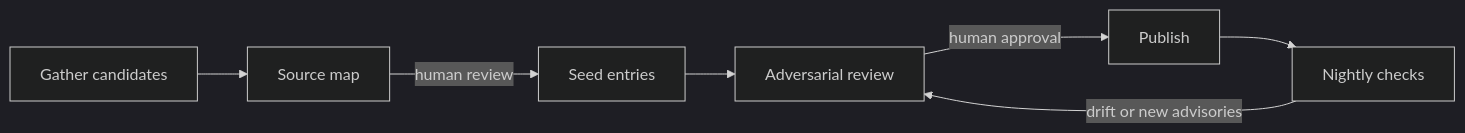
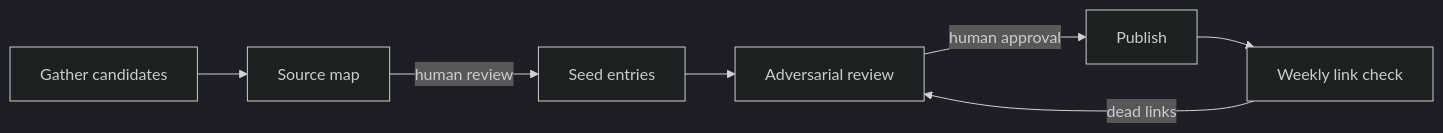
One commit to cdvel/mcp-security-compendium changed the diagram in METHODOLOGY.md. Above: the diagram before and after it, drawn with Mermaid (dark theme). The commit also changed other lines of this file, not shown here.

Commit message:
docs: note ai assistance and public source map in methodology

````diff
--- a/METHODOLOGY.md
+++ b/METHODOLOGY.md
@@ -5,9 +5,9 @@
 ```mermaid
 flowchart LR
     A[Gather candidates] --> B[Source map]
     B -->|human review| C[Seed entries]
     C --> D[Adversarial review]
     D -->|human approval| E[Publish]
-    E --> F[Nightly checks]
-    F -->|drift or new advisories| D
+    E --> F[Weekly link check]
+    F -->|dead links| D
 ```
````
